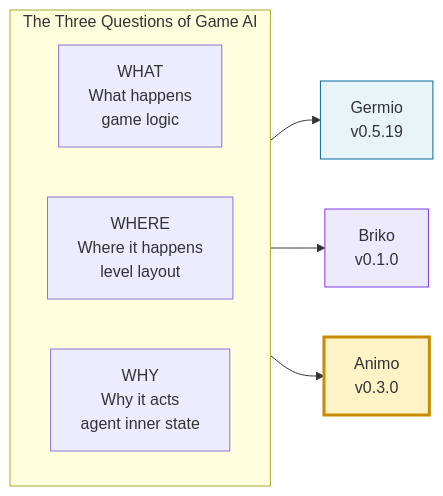
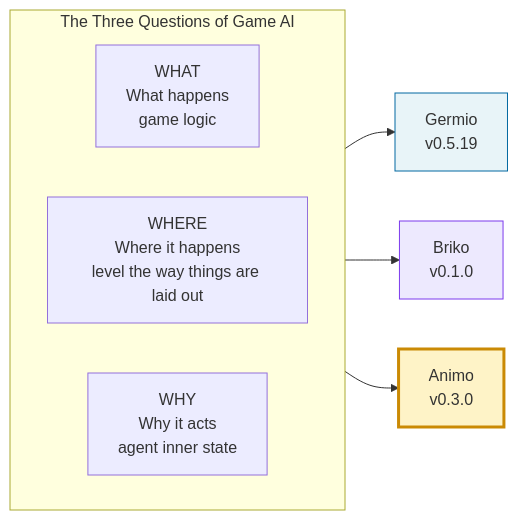
The first of 12 diagrams in README.md (hiroxpepe/animo), drawn with Mermaid before and after one commit. The commit also changed other lines of this file and 5 other files, not shown here.

````diff
--- a/README.md
+++ b/README.md
@@ -31,18 +31,18 @@
 ```mermaid
 flowchart LR
   subgraph Q["The Three Questions of Game AI"]
     direction LR
     QW["WHAT<br/>What happens<br/>game logic"]
-    QH["WHERE<br/>Where it happens<br/>level layout"]
+    QH["WHERE<br/>Where it happens<br/>level the way things are laid out"]
     QY["WHY<br/>Why it acts<br/>agent inner state"]
   end
   G["Germio<br/>v0.5.19"]
   B["Briko<br/>v0.1.0"]
   A["Animo<br/>v0.3.0"]
   QW --> G
   QH --> B
   QY --> A
   style A fill:#fef3c7,stroke:#ca8a04,stroke-width:3px
   style G fill:#e8f4f8,stroke:#0369a1
   style B fill:#ede9fe,stroke:#7c3aed
 ```
````
